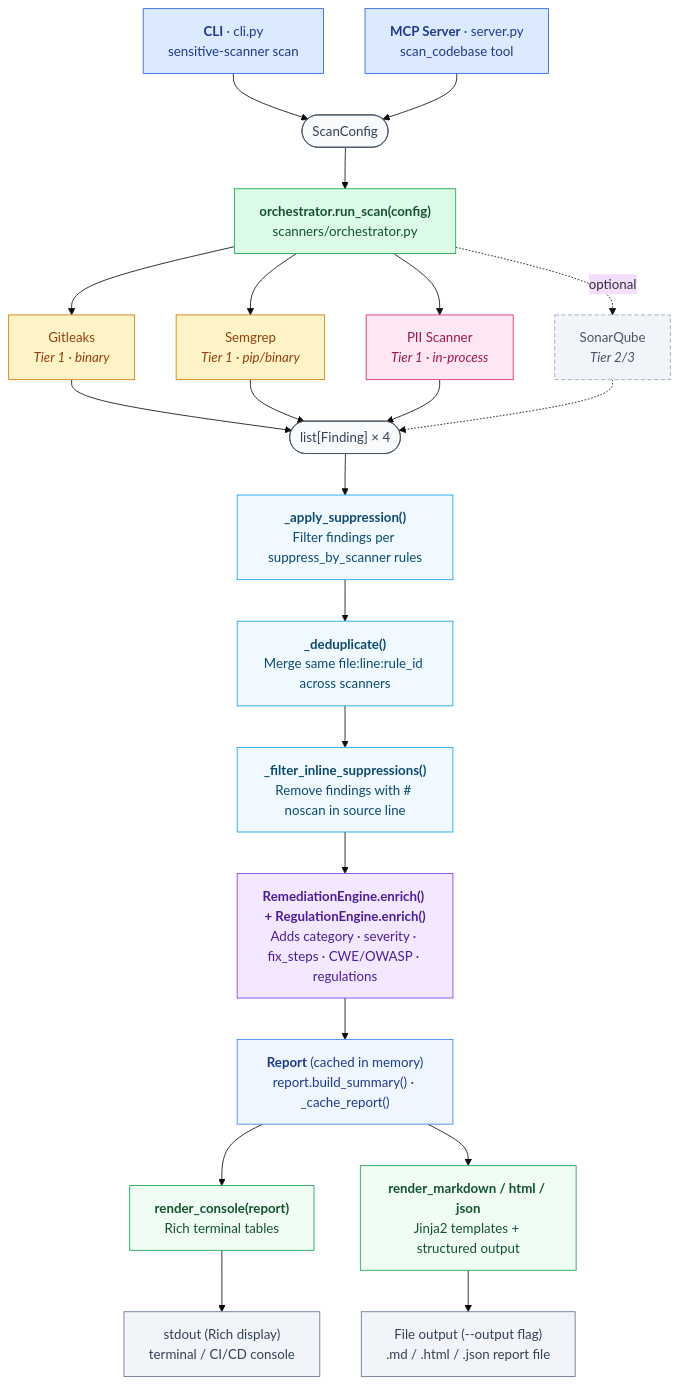
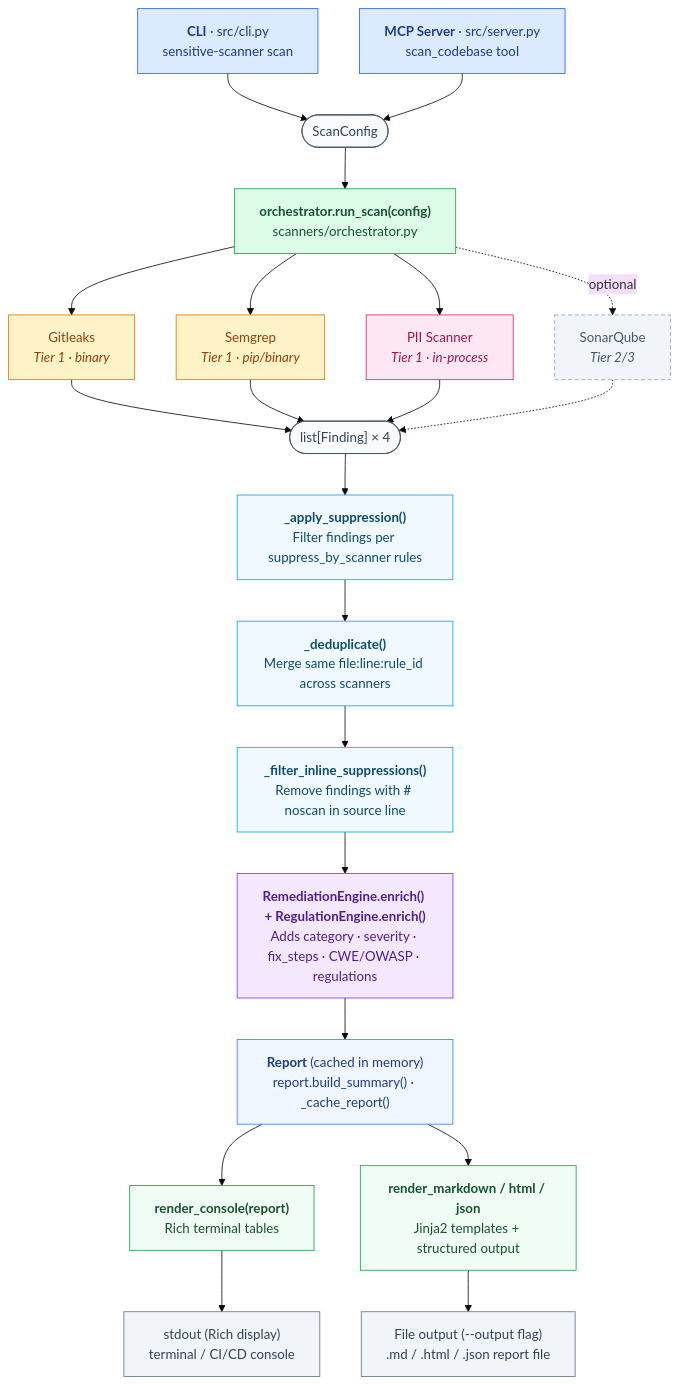
The second of 2 diagrams in docs/design/HIGH-LEVEL-DESIGN.md (DEFRA/lap-pii-screener), drawn with Mermaid (base theme) before and after one commit. The commit also changed other lines of this file and 25 other files, not shown here.

````diff
--- a/docs/design/HIGH-LEVEL-DESIGN.md
+++ b/docs/design/HIGH-LEVEL-DESIGN.md
@@ -238,58 +239,58 @@
 ```mermaid
 flowchart TD
-    CLI["<b>CLI</b> · cli.py<br/>sensitive-scanner scan"]
-    MCP["<b>MCP Server</b> · server.py<br/>scan_codebase tool"]
+    CLI["<b>CLI</b> · src/cli.py<br/>sensitive-scanner scan"]
+    MCP["<b>MCP Server</b> · src/server.py<br/>scan_codebase tool"]
 
     CFG(["ScanConfig"])
     CLI --> CFG
     MCP --> CFG
 
     CFG --> RUN["<b>orchestrator.run_scan(config)</b><br/>scanners/orchestrator.py"]
 
     RUN --> GL["Gitleaks<br/><i>Tier 1 · binary</i>"]
     RUN --> SG["Semgrep<br/><i>Tier 1 · pip/binary</i>"]
     RUN --> PII["PII Scanner<br/><i>Tier 1 · in-process</i>"]
     RUN -. optional .-> SQ["SonarQube<br/><i>Tier 2/3</i>"]
 
     FIND(["list[Finding] × 4"])
     GL --> FIND
     SG --> FIND
     PII --> FIND
     SQ -.-> FIND
 
     FIND --> SUP["<b>_apply_suppression()</b><br/>Filter findings per suppress_by_scanner rules"]
     SUP --> DED["<b>_deduplicate()</b><br/>Merge same file:line:rule_id across scanners"]
     DED --> INL["<b>_filter_inline_suppressions()</b><br/>Remove findings with # noscan in source line"]
     INL --> ENR["<b>RemediationEngine.enrich() + RegulationEngine.enrich()</b><br/>Adds category · severity · fix_steps · CWE/OWASP · regulations"]
     ENR --> REP["<b>Report</b> (cached in memory)<br/>report.build_summary() · _cache_report()"]
 
     REP --> RC["<b>render_console(report)</b><br/>Rich terminal tables"]
     REP --> RF["<b>render_markdown / html / json</b><br/>Jinja2 templates + structured output"]
 
     RC --> OUT1["stdout (Rich display)<br/>terminal / CI/CD console"]
     RF --> OUT2["File output (--output flag)<br/>.md / .html / .json report file"]
 
     classDef entry fill:#DBEAFE,stroke:#2563EB,color:#1E3A8A
     classDef orch fill:#DCFCE7,stroke:#16A34A,color:#14532D
     classDef tool fill:#FEF3C7,stroke:#D97706,color:#92400E
     classDef pii fill:#FCE7F3,stroke:#DB2777,color:#9D174D
     classDef opt fill:#F1F5F9,stroke:#94A3B8,color:#475569,stroke-dasharray:5 3
     classDef pipe fill:#F0F9FF,stroke:#0EA5E9,color:#0C4A6E
     classDef rem fill:#F3E8FF,stroke:#7C3AED,color:#4C1D95
     classDef model fill:#EFF6FF,stroke:#3B82F6,color:#1E3A8A
     classDef rep fill:#F0FDF4,stroke:#16A34A,color:#14532D
     classDef cfg fill:#F8FAFC,stroke:#475569,color:#334155
     classDef out fill:#F1F5F9,stroke:#64748B,color:#334155
 
     class CLI,MCP entry
     class CFG,FIND cfg
     class RUN orch
     class GL,SG tool
     class PII pii
     class SQ opt
     class SUP,DED,INL pipe
     class ENR rem
     class REP model
     class RC,RF rep
     class OUT1,OUT2 out
 ```
````
